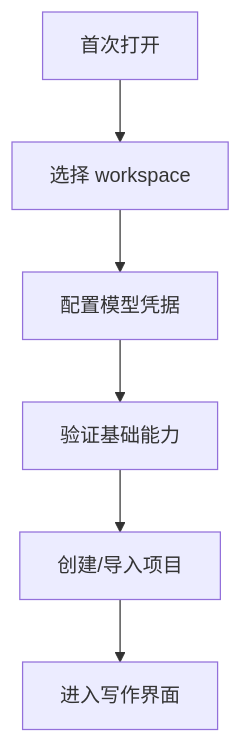
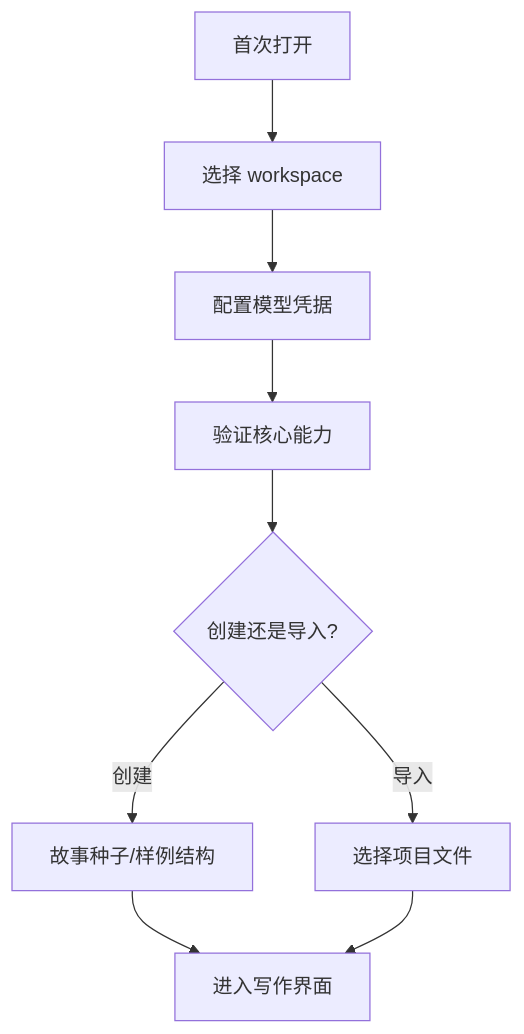
The first of 3 diagrams in spec/11-settings-and-onboarding.md (jinhuang712/open-novel), drawn with Mermaid before and after one commit. The commit also changed other lines of this file and 15 other files, not shown here.

````diff
--- a/spec/11-settings-and-onboarding.md
+++ b/spec/11-settings-and-onboarding.md
@@ -27,8 +7,11 @@
 ```mermaid
 flowchart TD
   Start[首次打开] --> Workspace[选择 workspace]
   Workspace --> Credential[配置模型凭据]
-  Credential --> Verify[验证基础能力]
-  Verify --> Project[创建/导入项目]
-  Project --> Ready[进入写作界面]
+  Credential --> Verify[验证核心能力]
+  Verify --> Project{创建还是导入?}
+  Project -->|创建| Seed[故事种子/样例结构]
+  Project -->|导入| Import[选择项目文件]
+  Seed --> Ready[进入写作界面]
+  Import --> Ready
 ```
````
